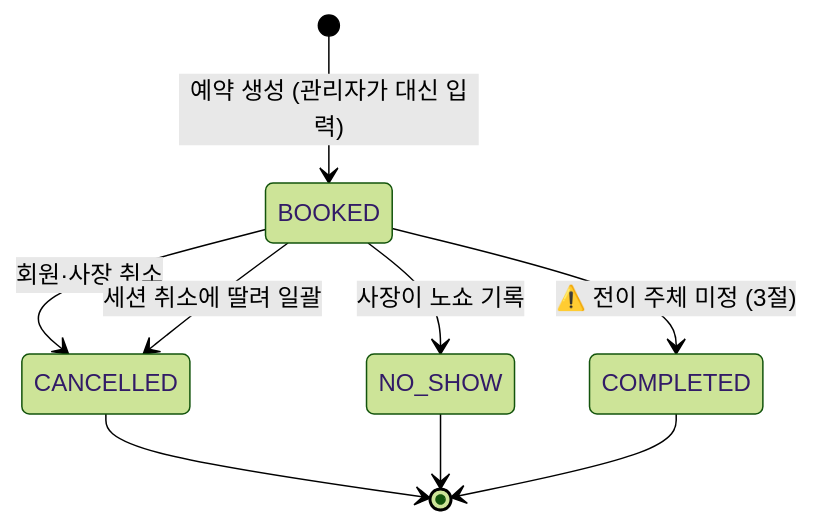
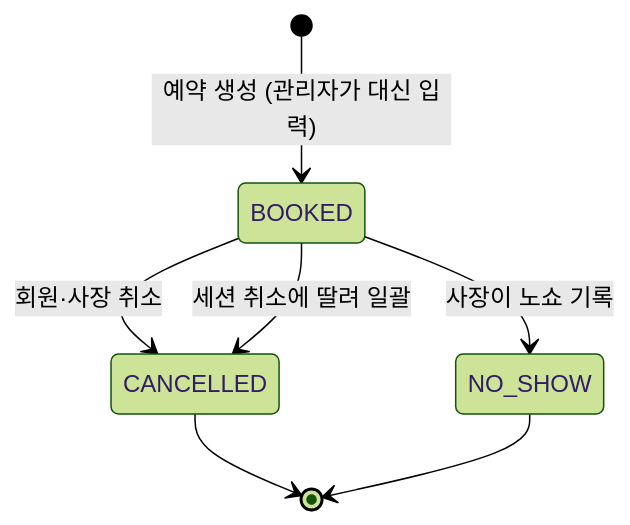
One commit to Team-DanD/ddoukd-docs changed the second of 6 diagrams in spec/lifecycle.md. Above: the diagram before and after it, drawn with Mermaid (forest theme). The commit also changed other lines of this file and 3 other files, not shown here.

````diff
--- a/spec/lifecycle.md
+++ b/spec/lifecycle.md
@@ -49,11 +49,9 @@
 ```mermaid
 stateDiagram-v2
     [*] --> BOOKED: 예약 생성 (관리자가 대신 입력)
     BOOKED --> CANCELLED: 회원·사장 취소
     BOOKED --> CANCELLED: 세션 취소에 딸려 일괄
     BOOKED --> NO_SHOW: 사장이 노쇼 기록
-    BOOKED --> COMPLETED: ⚠️ 전이 주체 미정 (3절)
     CANCELLED --> [*]
     NO_SHOW --> [*]
-    COMPLETED --> [*]
 ```
````
